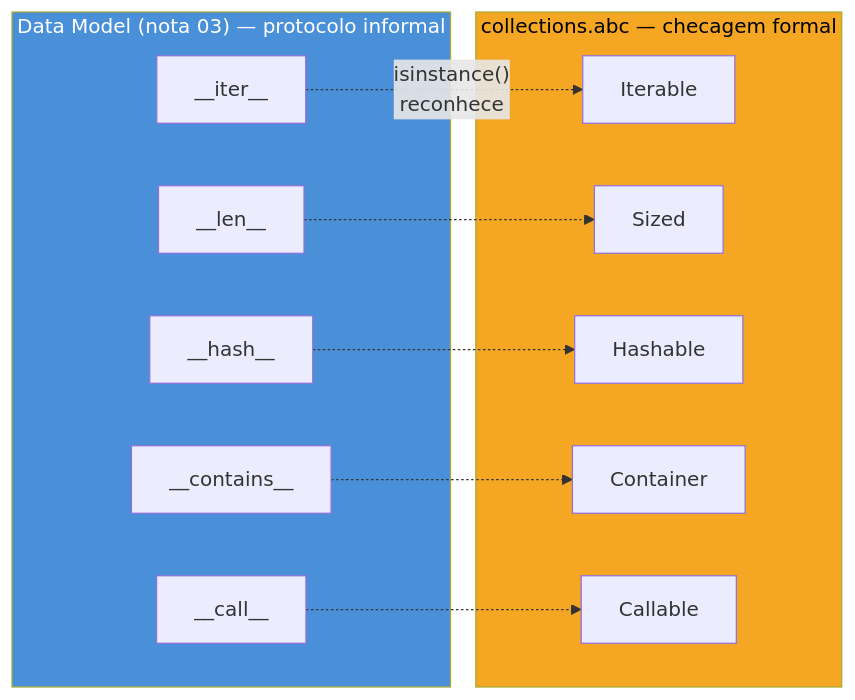
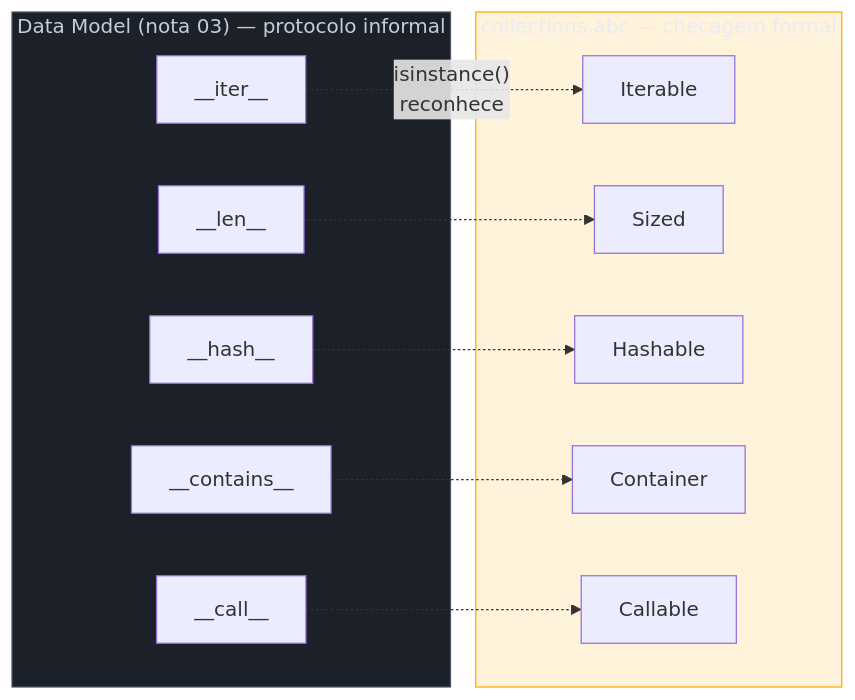
Before and after one commit to josenaldo/codex-technomanticus: the second of 2 diagrams in 03-Dominios/Tecnologia/Python/OO e Data Model/06 - ABC e Protocol — tipagem estrutural.md, drawn with Mermaid. The commit also changed other lines of this file and 1181 other files, not shown here.

First line of the commit message:
fix(diagramas): paleta do sistema no lugar de cor cravada no markdown

````diff
--- a/03-Dominios/Tecnologia/Python/OO e Data Model/06 - ABC e Protocol — tipagem estrutural.md
+++ b/03-Dominios/Tecnologia/Python/OO e Data Model/06 - ABC e Protocol — tipagem estrutural.md
@@ -335,27 +338,29 @@
 ```mermaid
 flowchart LR
+    classDef neutro fill:#1B2029,stroke:#4E5666,color:#C6CCD8
+    classDef destaque fill:#FFAA0024,stroke:#FFAA00,color:#E9ECF2
     subgraph DM["Data Model (nota 03) — protocolo informal"]
         D1["__iter__"]
         D2["__len__"]
         D3["__hash__"]
         D4["__contains__"]
         D5["__call__"]
     end
 
     subgraph ABC["collections.abc — checagem formal"]
         A1["Iterable"]
         A2["Sized"]
         A3["Hashable"]
         A4["Container"]
         A5["Callable"]
     end
 
     D1 -.->|"isinstance()\nreconhece"| A1
     D2 -.-> A2
     D3 -.-> A3
     D4 -.-> A4
     D5 -.-> A5
 
-    style DM fill:#4A90D9,color:#fff
-    style ABC fill:#F5A623,color:#000
+    class DM neutro
+    class ABC destaque
 ```
````
